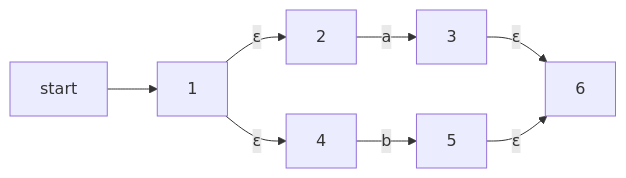
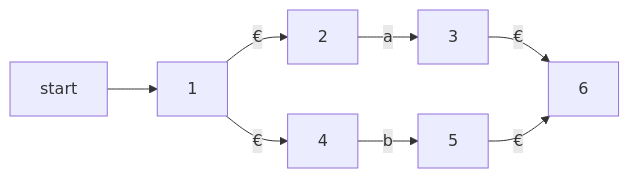
Before and after one commit to xp44mm/Notebook: the ninth of 16 diagrams in Compilers/Chapter 3 Lexical Analysis.md, drawn with Mermaid. The commit also changed other lines of this file and 4 other files, not shown here.

````diff
--- a/Compilers/Chapter 3 Lexical Analysis.md
+++ b/Compilers/Chapter 3 Lexical Analysis.md
@@ -902,11 +902,11 @@
 ```mermaid
 graph LR
 
 start-->1
-1--ε-->2
+1--€-->2
 2--a-->3
-3--ε-->6
-1--ε-->4
+3--€-->6
+1--€-->4
 4--b-->5
-5--ε-->6
+5--€-->6
 ```
````
